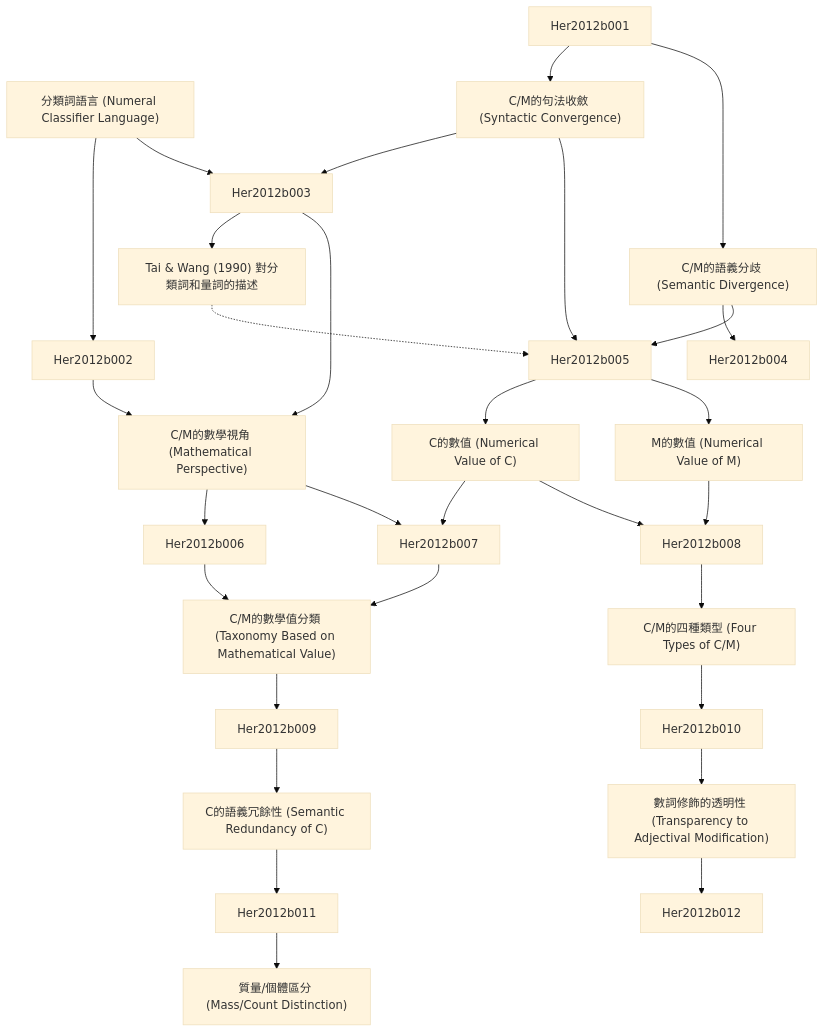
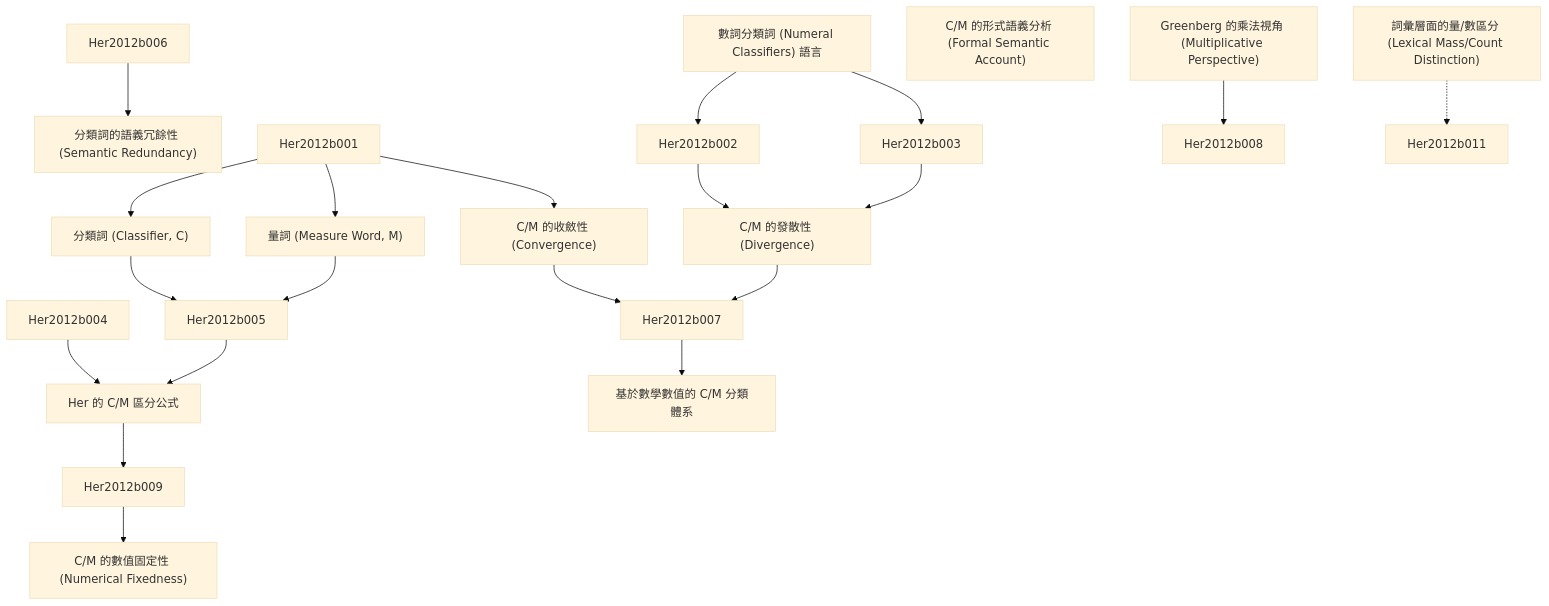
One commit to SCgeeker/Claude_Journal_Club_Agents changed the diagram in output/zettelkasten_notes/zettel_Her-2012b_20251104/zettel_index.md. Above: the diagram before and after it, drawn with Mermaid (base theme). The commit also changed other lines of this file and 893 other files, not shown here.

````diff
--- a/output/zettelkasten_notes/zettel_Her-2012b_20251104/zettel_index.md
+++ b/output/zettelkasten_notes/zettel_Her-2012b_20251104/zettel_index.md
@@ -103,180 +104,66 @@
 ```mermaid
 graph TD
 
-    Her-2012b-001["分類詞語言 (Numeral Classifier Language)"]
+    Her-2012b-001["數詞分類詞 (Numeral Classifiers) 語言"]
 
-    Her-2012b-002["C/M的句法收斂 (Syntactic Convergence)"]
+    Her-2012b-002["分類詞 (Classifier, C)"]
 
-    Her-2012b-003["C/M的語義分歧 (Semantic Divergence)"]
+    Her-2012b-003["量詞 (Measure Word, M)"]
 
-    Her-2012b-004["Tai & Wang (1990) 對分類詞和量詞的描述"]
+    Her-2012b-004["C/M 的收斂性 (Convergence)"]
 
-    Her-2012b-005["C/M的數學視角 (Mathematical Perspective)"]
+    Her-2012b-005["C/M 的發散性 (Divergence)"]
 
-    Her-2012b-006["C的數值 (Numerical Value of C)"]
+    Her-2012b-006["Greenberg 的乘法視角 (Multiplicative Perspective)"]
 
-    Her-2012b-007["M的數值 (Numerical Value of M)"]
+    Her-2012b-007["Her 的 C/M 區分公式"]
 
-    Her-2012b-008["C/M的數學值分類 (Taxonomy Based on Mathematical Value)"]
+    Her-2012b-008["分類詞的語義冗餘性 (Semantic Redundancy)"]
 
-    Her-2012b-009["C/M的四種類型 (Four Types of C/M)"]
+    Her-2012b-009["基於數學數值的 C/M 分類體系"]
 
-    Her-2012b-010["C的語義冗餘性 (Semantic Redundancy of C)"]
+    Her-2012b-010["C/M 的數值固定性 (Numerical Fixedness)"]
 
-    Her-2012b-011["數詞修飾的透明性 (Transparency to Adjectival Modification)"]
+    Her-2012b-011["C/M 的形式語義分析 (Formal Semantic Account)"]
 
-    Her-2012b-012["質量/個體區分 (Mass/Count Distinction)"]
-
-
-
-
-
+    Her-2012b-012["詞彙層面的量/數區分 (Lexical Mass/Count Distinction)"]
 
     Her-2012b-001 --> Her2012b002
 
     Her-2012b-001 --> Her2012b003
 
-
-
-
-
-
     Her2012b001 --> Her-2012b-002
-
-
-
-
-    Her-2012b-002 --> Her2012b003
 
     Her-2012b-002 --> Her2012b005
 
-
-
-
-
-
     Her2012b001 --> Her-2012b-003
-
-
-
-
-    Her-2012b-003 --> Her2012b004
 
     Her-2012b-003 --> Her2012b005
 
+    Her2012b001 --> Her-2012b-004
 
-
-
-
-
-    Her2012b003 --> Her-2012b-004
-
-
-
-
-
-    Her-2012b-004 -.-> Her2012b005
-
-
-
-
+    Her-2012b-004 --> Her2012b007
 
     Her2012b002 --> Her-2012b-005
 
     Her2012b003 --> Her-2012b-005
 
-
-
-
-    Her-2012b-005 --> Her2012b006
-
     Her-2012b-005 --> Her2012b007
-
-
-
-
-
-
-    Her2012b005 --> Her-2012b-006
-
-
-
-
-    Her-2012b-006 --> Her2012b007
 
     Her-2012b-006 --> Her2012b008
 
-
-
-
-
+    Her2012b004 --> Her-2012b-007
 
     Her2012b005 --> Her-2012b-007
 
-
-
-
-    Her-2012b-007 --> Her2012b008
-
-
-
-
-
+    Her-2012b-007 --> Her2012b009
 
     Her2012b006 --> Her-2012b-008
 
-    Her2012b007 --> Her-2012b-008
-
-
-
-
-    Her-2012b-008 --> Her2012b009
-
-
-
-
-
-
-    Her2012b008 --> Her-2012b-009
-
-
-
-
-    Her-2012b-009 --> Her2012b010
-
-
-
-
-
+    Her2012b007 --> Her-2012b-009
 
     Her2012b009 --> Her-2012b-010
 
-
-
-
-    Her-2012b-010 --> Her2012b011
-
-
-
-
-
-
-    Her2012b010 --> Her-2012b-011
-
-
-
-
-    Her-2012b-011 --> Her2012b012
-
-
-
-
-
-
-    Her2012b011 --> Her-2012b-012
-
-
-
-
+    Her-2012b-012 -.-> Her2012b011
 
 ```
````
